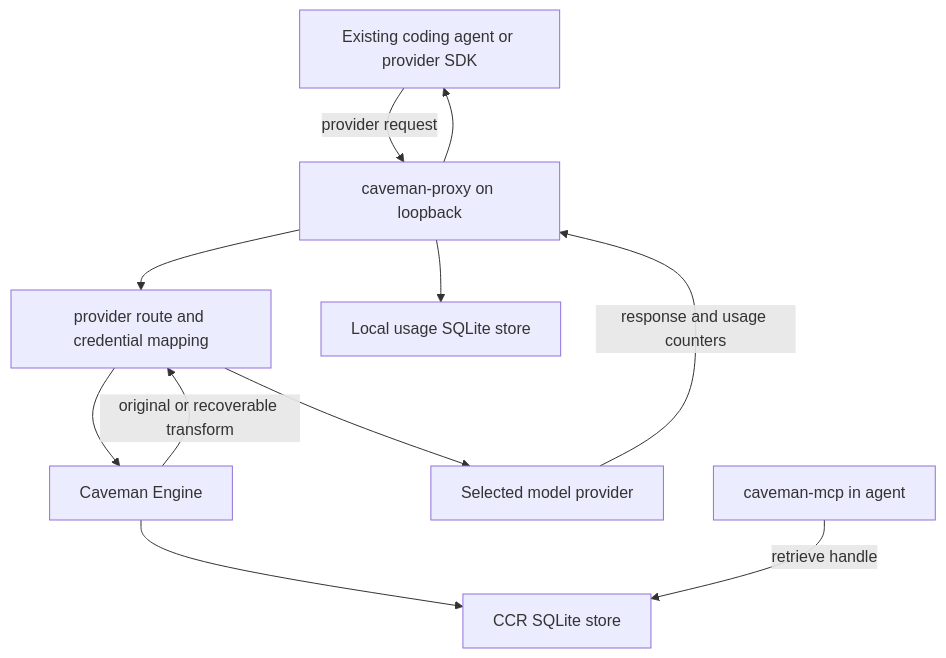
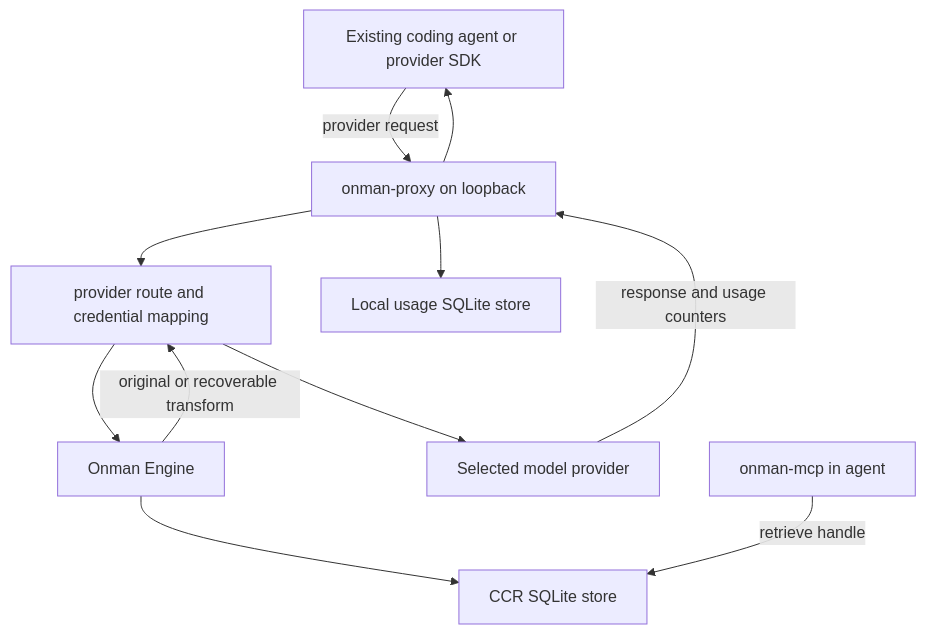
Before and after one commit to Aravindh-dev12/On-man-Commit-layer-of-Agents: the diagram in docs/technical/architecture.md, drawn with Mermaid. The commit also changed other lines of this file and 180 other files, not shown here.

````diff
--- a/docs/technical/architecture.md
+++ b/docs/technical/architecture.md
@@ -9,13 +9,13 @@
 ```mermaid
 flowchart TD
-    A["Existing coding agent or provider SDK"] -->|"provider request"| P["caveman-proxy on loopback"]
+    A["Existing coding agent or provider SDK"] -->|"provider request"| P["onman-proxy on loopback"]
     P --> R["provider route and credential mapping"]
-    R --> E["Caveman Engine"]
+    R --> E["Onman Engine"]
     E --> C["CCR SQLite store"]
     E -->|"original or recoverable transform"| R
     R --> U["Selected model provider"]
     U -->|"response and usage counters"| P
     P --> D["Local usage SQLite store"]
     P --> A
-    M["caveman-mcp in agent"] -->|"retrieve handle"| C
+    M["onman-mcp in agent"] -->|"retrieve handle"| C
 ```
````
